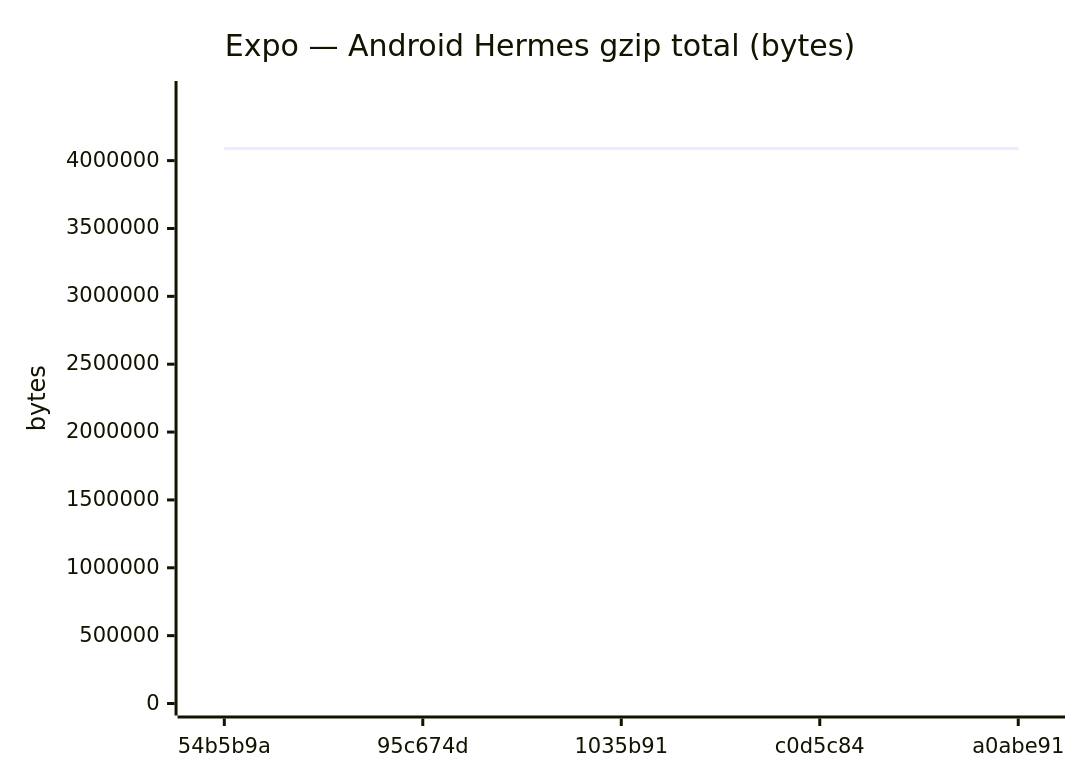
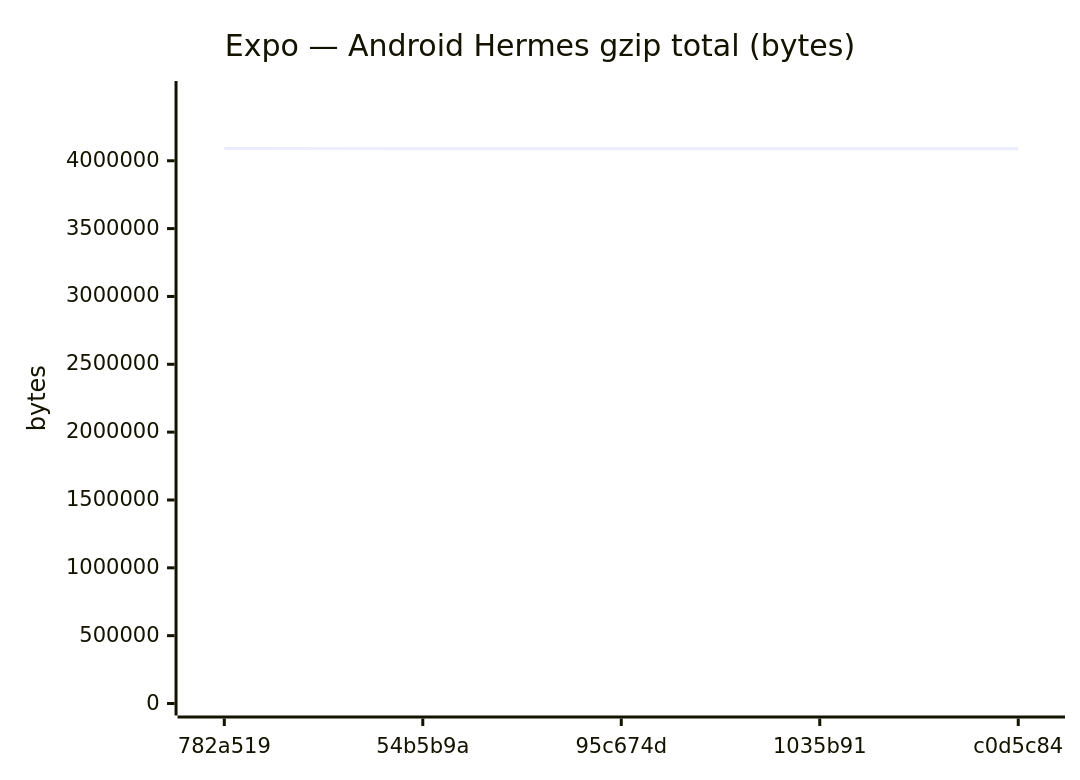
Diagram 11 of 18 in benchmarks/compare.md (Metaheurist/Rianell), drawn with Mermaid before and after one commit. The commit also changed other lines of this file and 11 other files, not shown here.

````diff
--- a/benchmarks/compare.md
+++ b/benchmarks/compare.md
@@ -172,7 +172,7 @@
 ```mermaid
 xychart-beta
     title "Expo — Android Hermes gzip total (bytes)"
-    x-axis ["54b5b9a", "95c674d", "1035b91", "c0d5c84", "a0abe91"]
-    y-axis "bytes" 0 --> 4498245
-    line [4089313, 4088814, 4088813, 4088813, 4088812]
+    x-axis ["782a519", "54b5b9a", "95c674d", "1035b91", "c0d5c84"]
+    y-axis "bytes" 0 --> 4499396
+    line [4090360, 4089313, 4088814, 4088813, 4088813]
 ```
````
